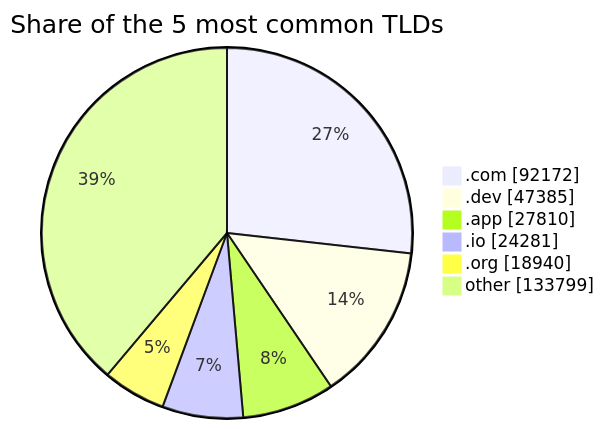
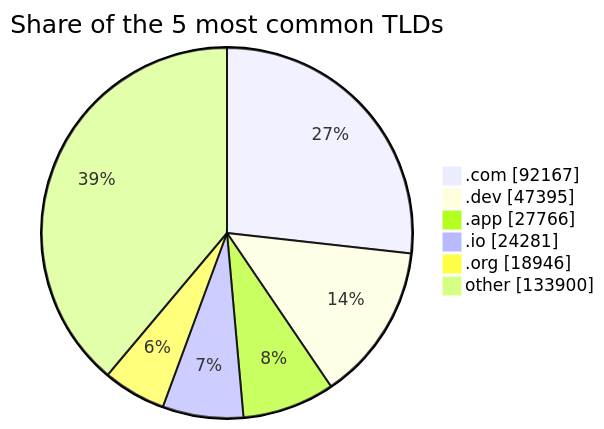
One commit to DNSBunker/CTI changed the third of 3 diagrams in README.md. Above: the diagram before and after it, drawn with Mermaid. The commit also changed other lines of this file and 3 other files, not shown here.

````diff
--- a/README.md
+++ b/README.md
@@ -81,9 +81,9 @@
 ```mermaid
 pie showData title Share of the 5 most common TLDs
-    ".com" : 92172
-    ".dev" : 47385
-    ".app" : 27810
+    ".com" : 92167
+    ".dev" : 47395
+    ".app" : 27766
     ".io" : 24281
-    ".org" : 18940
-    "other" : 133799
+    ".org" : 18946
+    "other" : 133900
 ```
````
